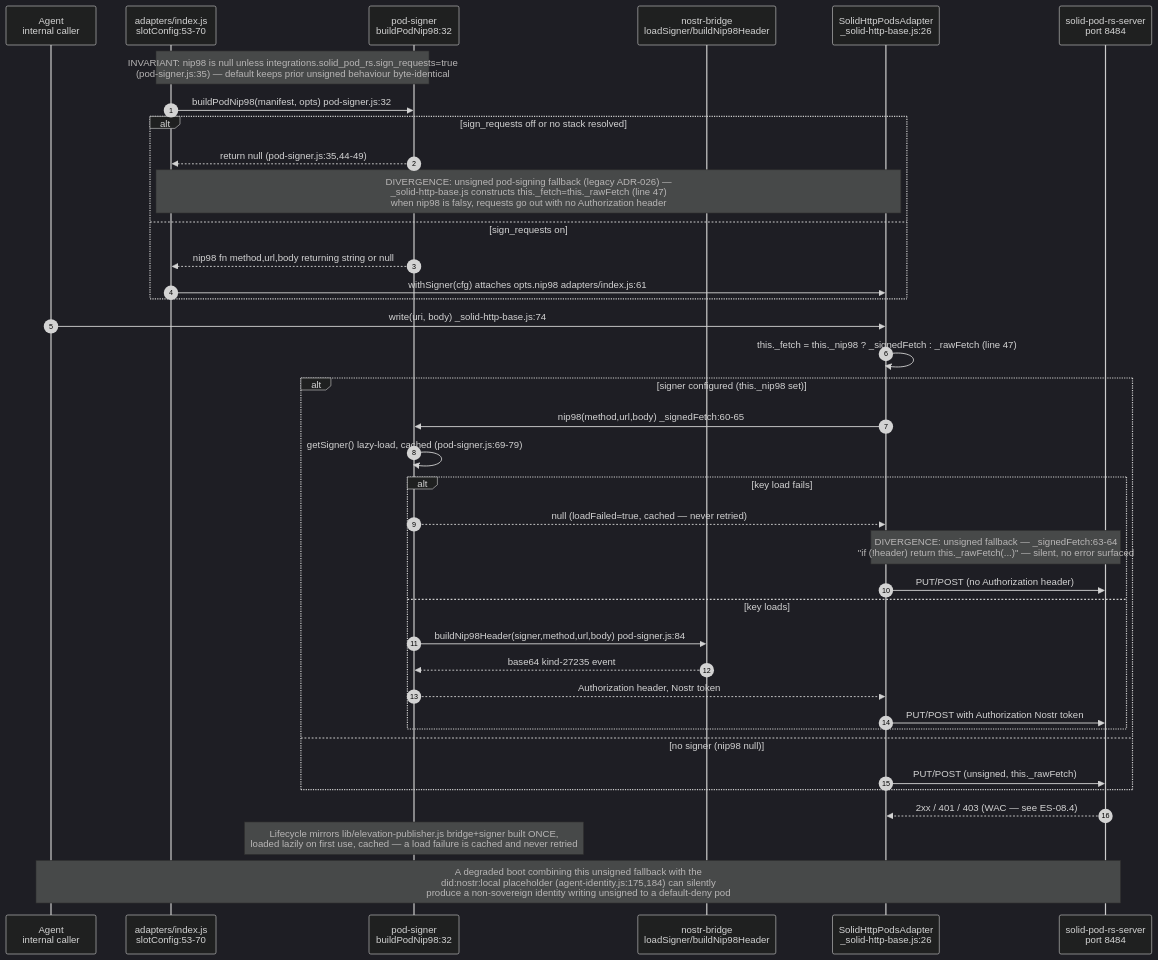
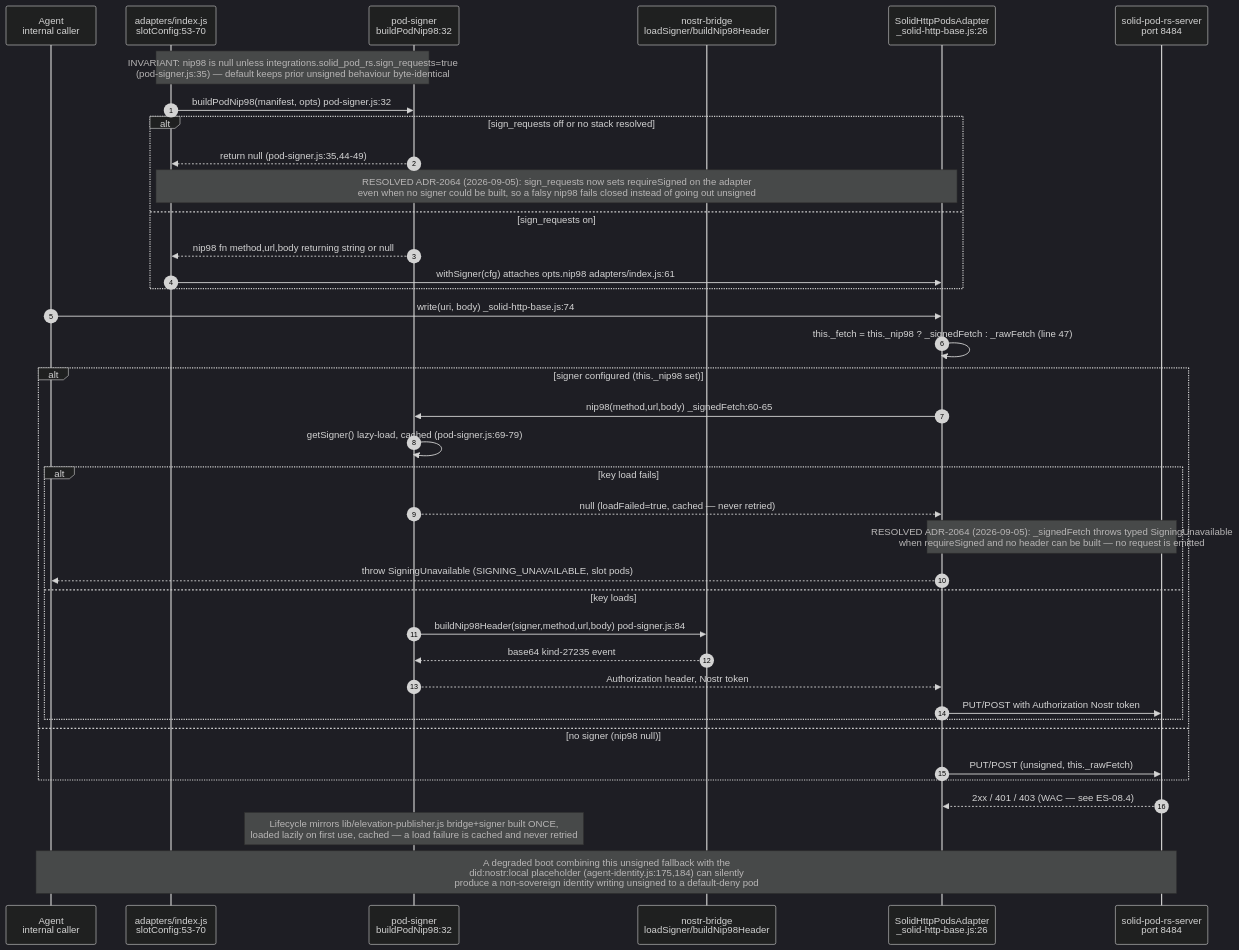
The second of 10 diagrams in docs/diagrams/estate/08-solid-pod-estate.md (DreamLab-AI/AR-AI-Knowledge-Graph), drawn with Mermaid (dark theme) before and after one commit. The commit also changed other lines of this file and 172 other files, not shown here.

````diff
--- a/docs/diagrams/estate/08-solid-pod-estate.md
+++ b/docs/diagrams/estate/08-solid-pod-estate.md
@@ -73,44 +75,44 @@
 ```mermaid
 sequenceDiagram
     autonumber
     participant AG as Agent<br/>internal caller
     participant ADP as adapters/index.js<br/>slotConfig:53-70
     participant PS as pod-signer<br/>buildPodNip98:32
     participant BR as nostr-bridge<br/>loadSigner/buildNip98Header
     participant BASE as SolidHttpPodsAdapter<br/>_solid-http-base.js:26
     participant SRV as solid-pod-rs-server<br/>port 8484
 
     Note over ADP,PS: INVARIANT: nip98 is null unless integrations.solid_pod_rs.sign_requests=true<br/>(pod-signer.js:35) — default keeps prior unsigned behaviour byte-identical
 
     ADP->>PS: buildPodNip98(manifest, opts) pod-signer.js:32
     alt sign_requests off or no stack resolved
         PS-->>ADP: return null (pod-signer.js:35,44-49)
-        Note over ADP,BASE: DIVERGENCE: unsigned pod-signing fallback (legacy ADR-026) —<br/>_solid-http-base.js constructs this._fetch=this._rawFetch (line 47)<br/>when nip98 is falsy, requests go out with no Authorization header
+        Note over ADP,BASE: RESOLVED ADR-2064 (2026-09-05): sign_requests now sets requireSigned on the adapter<br/>even when no signer could be built, so a falsy nip98 fails closed instead of going out unsigned
     else sign_requests on
         PS-->>ADP: nip98 fn method,url,body returning string or null
         ADP->>BASE: withSigner(cfg) attaches opts.nip98 adapters/index.js:61
     end
 
     AG->>BASE: write(uri, body) _solid-http-base.js:74
     BASE->>BASE: this._fetch = this._nip98 ? _signedFetch : _rawFetch (line 47)
     alt signer configured (this._nip98 set)
         BASE->>PS: nip98(method,url,body) _signedFetch:60-65
         PS->>PS: getSigner() lazy-load, cached (pod-signer.js:69-79)
         alt key load fails
             PS-->>BASE: null (loadFailed=true, cached — never retried)
-            Note over BASE,SRV: DIVERGENCE: unsigned fallback — _signedFetch:63-64<br/>"if (!header) return this._rawFetch(...)" — silent, no error surfaced
-            BASE->>SRV: PUT/POST (no Authorization header)
+            Note over BASE,SRV: RESOLVED ADR-2064 (2026-09-05): _signedFetch throws typed SigningUnavailable<br/>when requireSigned and no header can be built — no request is emitted
+            BASE-->>AG: throw SigningUnavailable (SIGNING_UNAVAILABLE, slot pods)
         else key loads
             PS->>BR: buildNip98Header(signer,method,url,body) pod-signer.js:84
             BR-->>PS: base64 kind-27235 event
             PS-->>BASE: Authorization header, Nostr token
             BASE->>SRV: PUT/POST with Authorization Nostr token
         end
     else no signer (nip98 null)
         BASE->>SRV: PUT/POST (unsigned, this._rawFetch)
     end
     SRV-->>BASE: 2xx / 401 / 403 (WAC — see ES-08.4)
 
     Note over PS: Lifecycle mirrors lib/elevation-publisher.js bridge+signer built ONCE,<br/>loaded lazily on first use, cached — a load failure is cached and never retried
     Note over AG,SRV: A degraded boot combining this unsigned fallback with the<br/>did:nostr:local placeholder (agent-identity.js:175,184) can silently<br/>produce a non-sovereign identity writing unsigned to a default-deny pod
 ```
````
